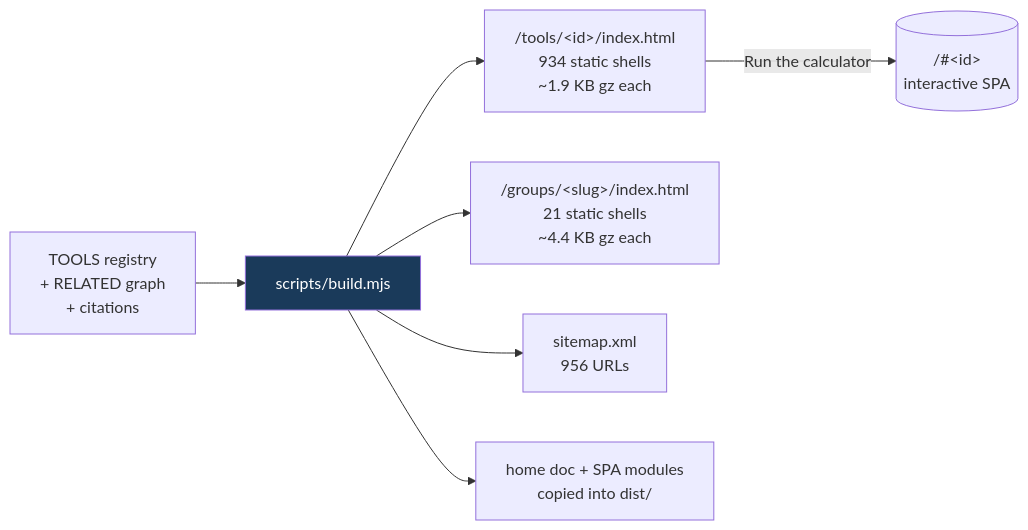
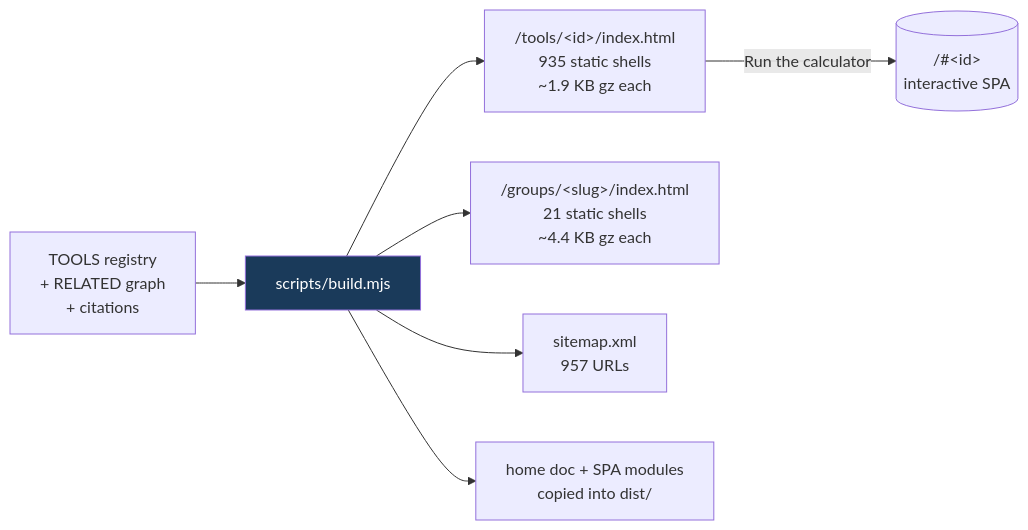
The fifth of 8 diagrams in README.md (clay-good/roughlogic.com), drawn with Mermaid before and after one commit. The commit also changed other lines of this file and 17 other files, not shown here.

````diff
--- a/README.md
+++ b/README.md
@@ -495,10 +495,10 @@
 ```mermaid
 flowchart LR
     SRC[TOOLS registry\n+ RELATED graph\n+ citations] --> BUILD[scripts/build.mjs]
-    BUILD --> TILE["/tools/&lt;id&gt;/index.html\n934 static shells\n~1.9 KB gz each"]
+    BUILD --> TILE["/tools/&lt;id&gt;/index.html\n935 static shells\n~1.9 KB gz each"]
     BUILD --> GROUP["/groups/&lt;slug&gt;/index.html\n21 static shells\n~4.4 KB gz each"]
-    BUILD --> MAP["sitemap.xml\n956 URLs"]
+    BUILD --> MAP["sitemap.xml\n957 URLs"]
     BUILD --> COPY[home doc + SPA modules\ncopied into dist/]
     TILE -->|Run the calculator| SPA[("/#&lt;id&gt;\ninteractive SPA")]
     style BUILD fill:#1a3a5a,color:#fff
 ```
````
